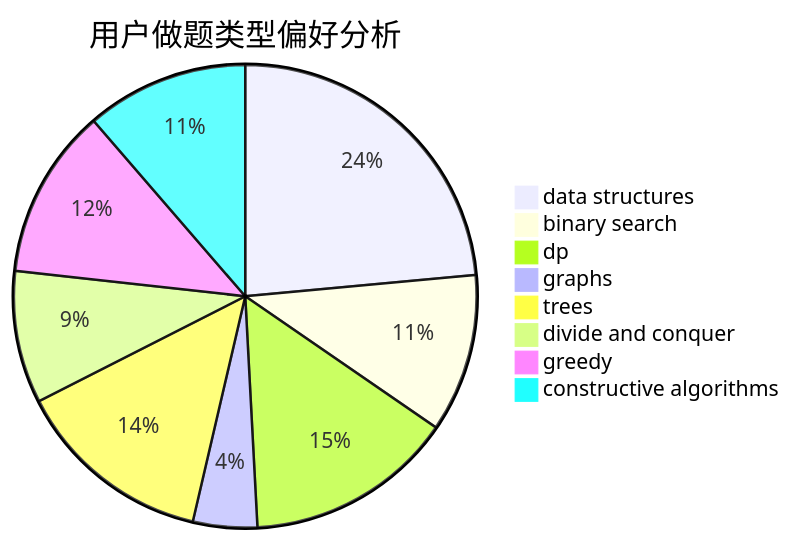
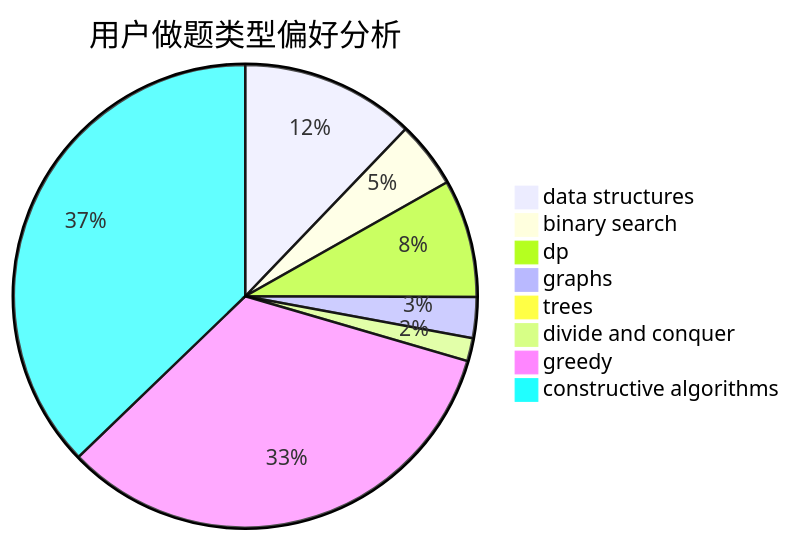
The second of 3 diagrams in docs/user/u258.md (sherpahu/cfrs.github.io), drawn with Mermaid before and after one commit. The commit also changed other lines of this file and 2770 other files, not shown here.

````diff
--- a/docs/user/u258.md
+++ b/docs/user/u258.md
@@ -23,11 +23,11 @@
 ```mermaid
 pie title 用户做题类型偏好分析
-    "data structures" :  168
-    "binary search" :  79
-    "dp" :  104
+    "data structures" :  136
+    "binary search" :  52
+    "dp" :  92
     "graphs" :  32
-    "trees" :  99
-    "divide and conquer" :  66
-    "greedy" :  85
-    "constructive algorithms" :  81
+    "trees" :  8
+    "divide and conquer" :  18
+    "greedy" :  372
+    "constructive algorithms" :  416
 ```
````
